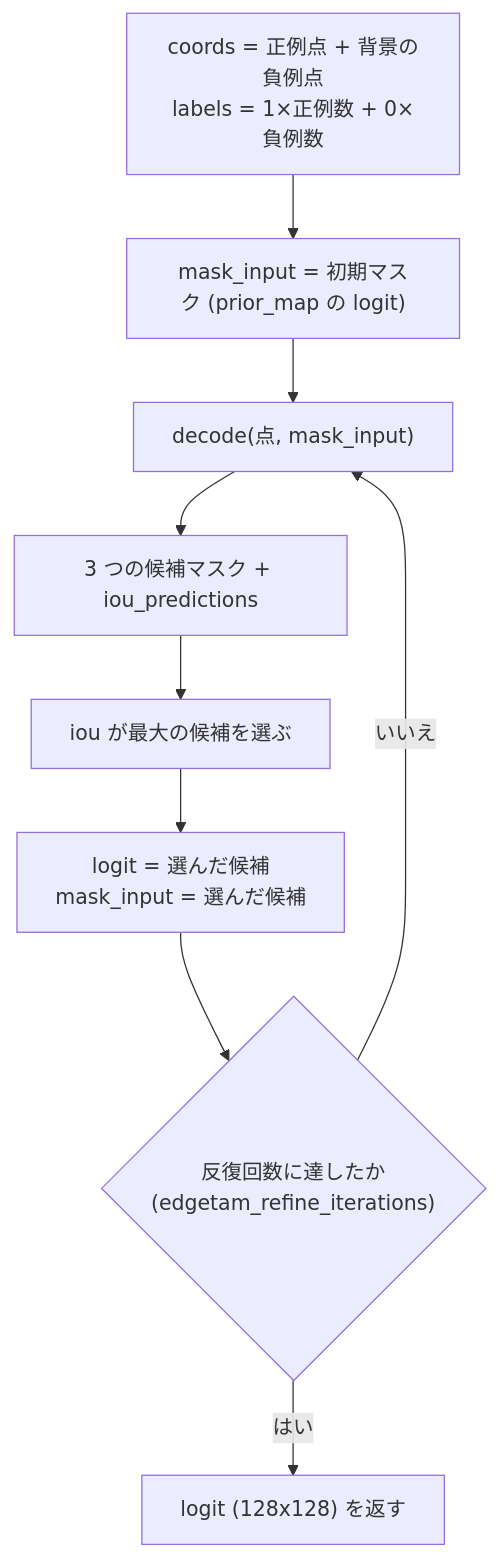
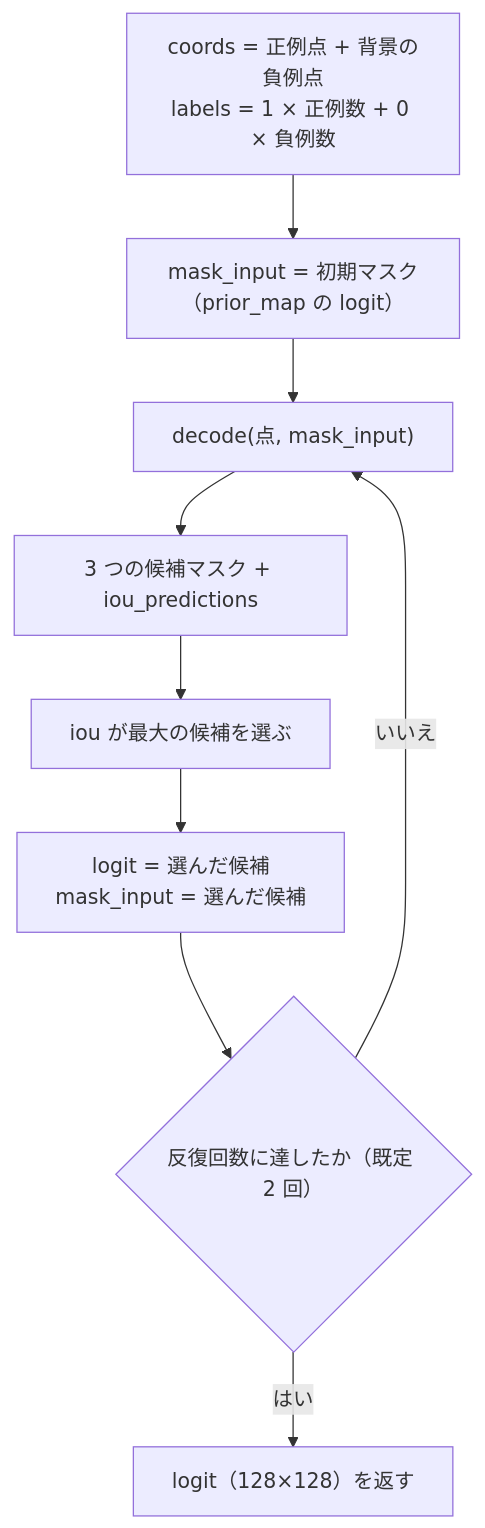
The ninth of 15 diagrams in docs/semantic_refiner.md (fklg-64/pe_anything_detect), drawn with Mermaid before and after one commit. The commit also changed other lines of this file and 2 other files, not shown here.

````diff
--- a/docs/semantic_refiner.md
+++ b/docs/semantic_refiner.md
@@ -322,11 +310,11 @@
 ```mermaid
 flowchart TD
-    S["coords = 正例点 + 背景の負例点<br/>labels = 1×正例数 + 0×負例数"] --> M0["mask_input = 初期マスク (prior_map の logit)"]
+    S["coords = 正例点 + 背景の負例点<br/>labels = 1 × 正例数 + 0 × 負例数"] --> M0["mask_input = 初期マスク（prior_map の logit）"]
     M0 --> D["decode(点, mask_input)"]
     D --> C["3 つの候補マスク + iou_predictions"]
     C --> B["iou が最大の候補を選ぶ"]
     B --> U["logit = 選んだ候補<br/>mask_input = 選んだ候補"]
-    U --> Q{"反復回数に達したか<br/>(edgetam_refine_iterations)"}
+    U --> Q{"反復回数に達したか（既定 2 回）"}
     Q -->|いいえ| D
-    Q -->|はい| R["logit (128x128) を返す"]
+    Q -->|はい| R["logit（128×128）を返す"]
 ```
````
